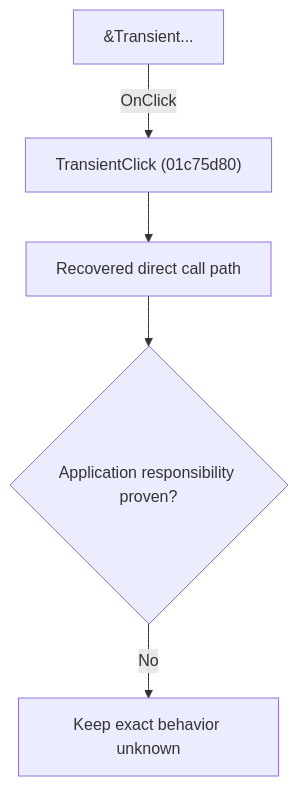
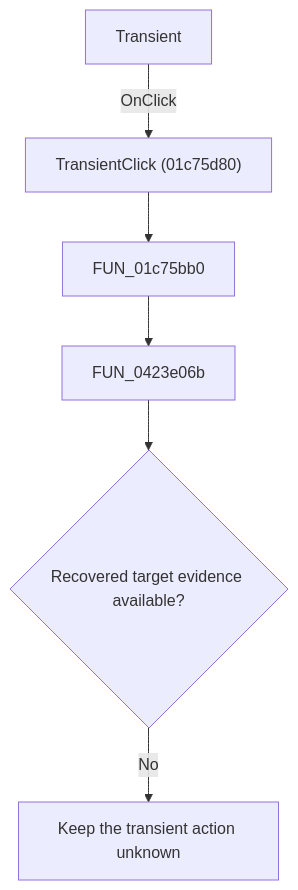
Before and after one commit to MovGP0/TIARA: the diagram in docs/ui-controls/schematiceditor/transient-4bee190c1c.md, drawn with Mermaid. The commit also changed other lines of this file and 241 other files, not shown here.

````diff
--- a/docs/ui-controls/schematiceditor/transient-4bee190c1c.md
+++ b/docs/ui-controls/schematiceditor/transient-4bee190c1c.md
@@ -27,7 +25,8 @@
 ```mermaid
 flowchart TD
-    control["&Transient..."] -->|"OnClick"| handler["TransientClick (01c75d80)"]
-    handler --> recovered["Recovered direct call path"]
-    recovered --> gap{"Application responsibility proven?"}
-    gap -->|"No"| blocked["Keep exact behavior unknown"]
+    control["Transient"] -->|"OnClick"| handler["TransientClick (01c75d80)"]
+    handler --> wrapper["FUN_01c75bb0"]
+    wrapper --> missing["FUN_0423e06b"]
+    missing --> gap{"Recovered target evidence available?"}
+    gap -->|"No"| blocked["Keep the transient action unknown"]
 ```
````
